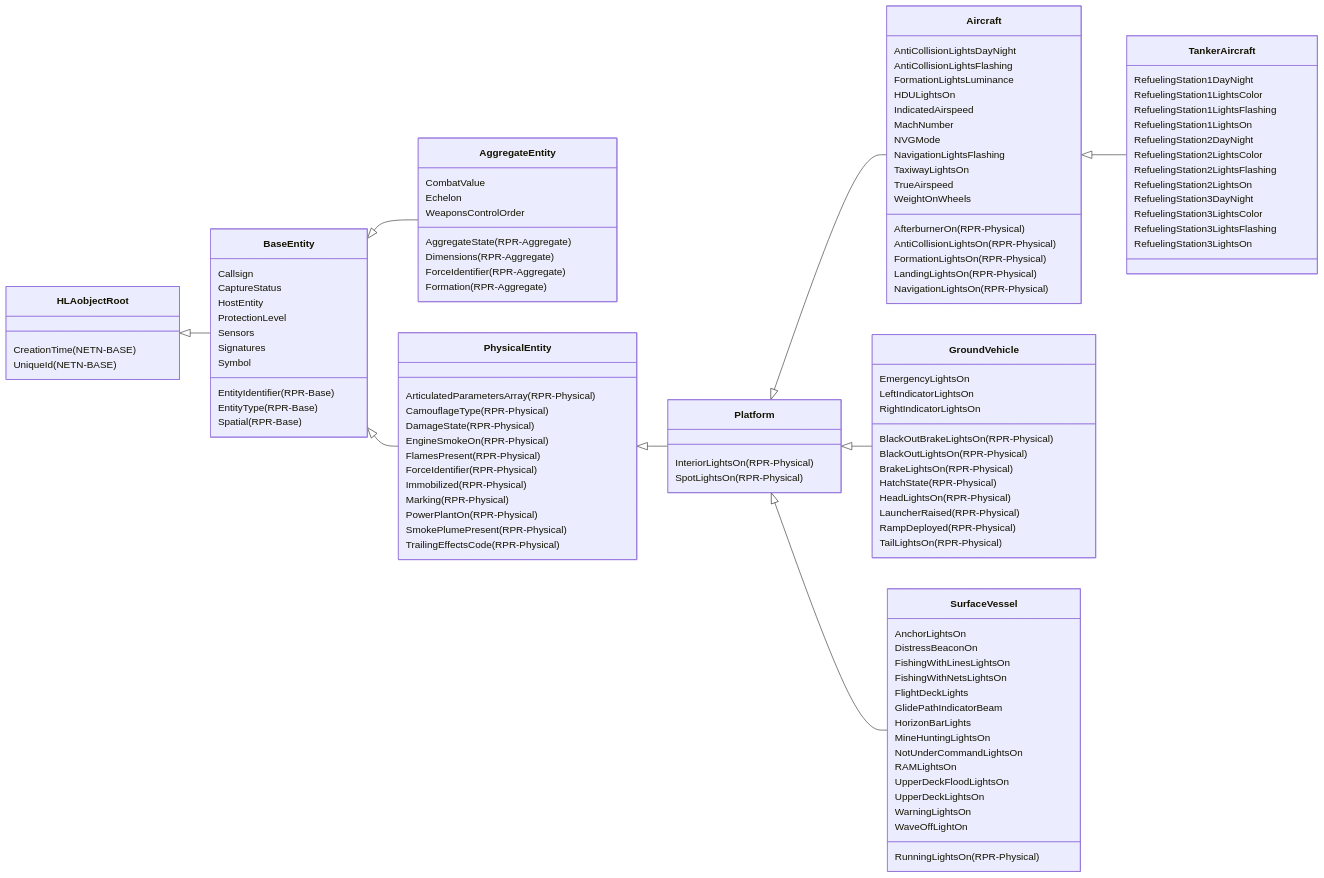
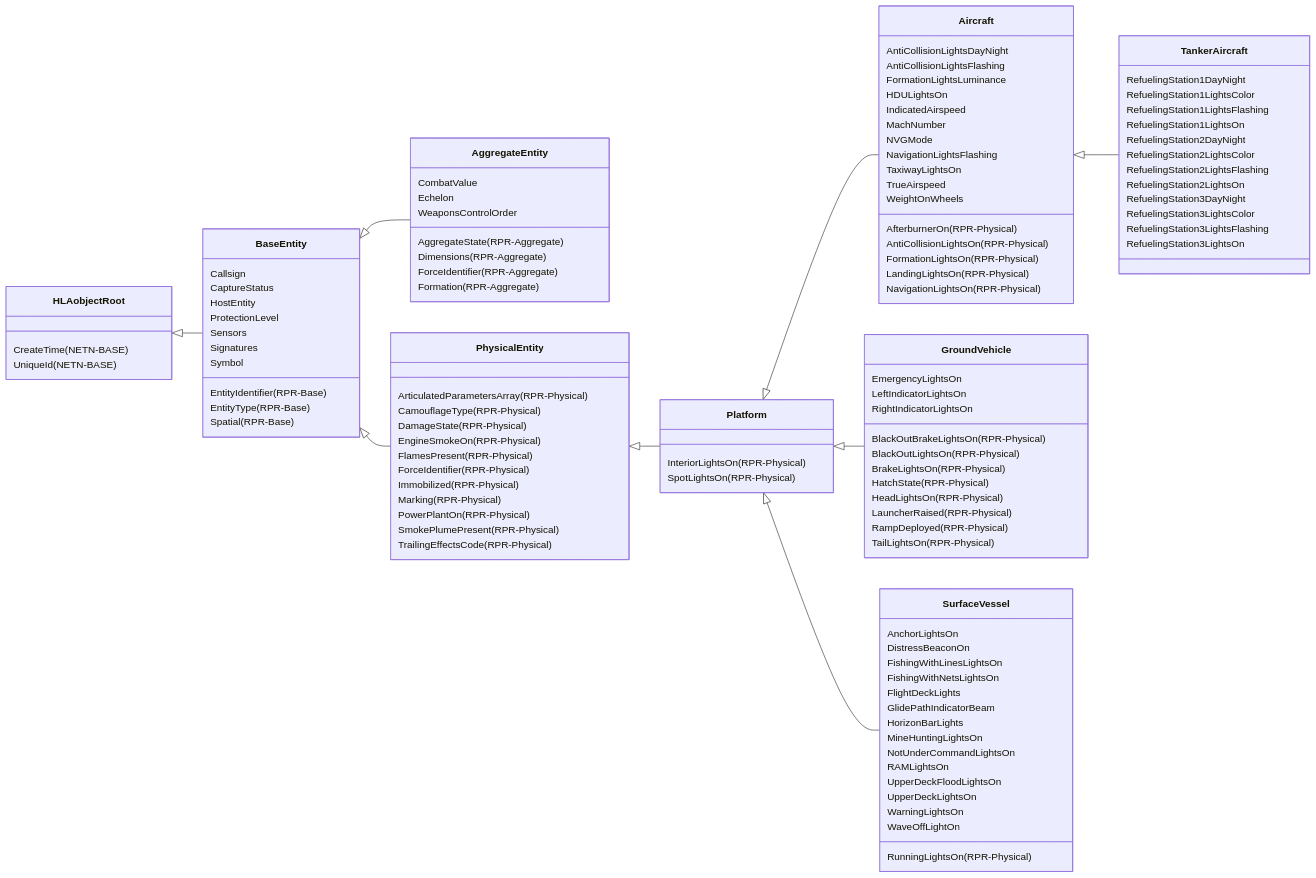
The diagram in NETN-ENTITY.md (AMSP-04/NETN-ENTITY), drawn with Mermaid before and after one commit. The commit also changed other lines of this file, not shown here.

```diff
--- a/NETN-ENTITY.md
+++ b/NETN-ENTITY.md
@@ -28,7 +28,7 @@
 direction LR
 
 HLAobjectRoot <|-- BaseEntity
-HLAobjectRoot : CreationTime(NETN-BASE)
+HLAobjectRoot : CreateTime(NETN-BASE)
 HLAobjectRoot : UniqueId(NETN-BASE)
 BaseEntity <|-- AggregateEntity
 BaseEntity <|-- PhysicalEntity
```
